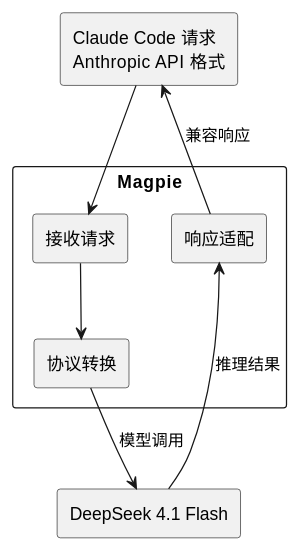
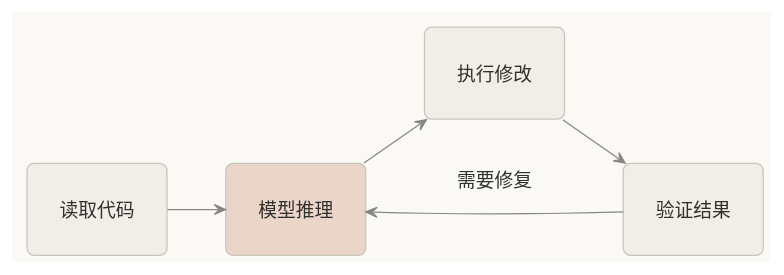
The third of 5 diagrams in src/content/posts/magpie-deepseek-4-1-claude-code.md (i-zrhe2016/blog.zrhe2016.cc), drawn with PlantUML before and after one commit. The commit also changed other lines of this file and 5 other files, not shown here.

Commit message:
docs: simplify Magpie article diagrams with warm minimal styling

````diff
--- a/src/content/posts/magpie-deepseek-4-1-claude-code.md
+++ b/src/content/posts/magpie-deepseek-4-1-claude-code.md
@@ -45,22 +97,32 @@
 ```plantuml
 @startuml
-top to bottom direction
+!theme plain
+skinparam backgroundColor #FAF9F5
+skinparam defaultFontName "Noto Sans CJK SC"
+skinparam defaultFontSize 15
+skinparam defaultFontColor #30302E
+skinparam shadowing false
+skinparam roundCorner 12
+skinparam padding 16
+skinparam nodesep 40
+skinparam ranksep 45
+skinparam ArrowColor #87867F
+skinparam ArrowThickness 1
+skinparam rectangle {
+  BackgroundColor #F0EEE6
+  BorderColor #C8C5BB
+  BorderThickness 1
+}
+hide stereotype
+left to right direction
 
-rectangle "Claude Code 请求\nAnthropic API 格式" as A
-
-rectangle "Magpie" {
-  rectangle "接收请求" as B
-  rectangle "协议转换" as C
-  rectangle "响应适配" as D
-}
-
-rectangle "DeepSeek 4.1 Flash" as E
-
+rectangle "读取代码" as A
+rectangle "模型推理" as B #EAD5C8
+rectangle "执行修改" as C
+rectangle "验证结果" as D
 A --> B
 B --> C
-C --> E : 模型调用
-E --> D : 推理结果
-D --> A : 兼容响应
-
+C --> D
+D -up-> B : 需要修复
 @enduml
 ```
````
